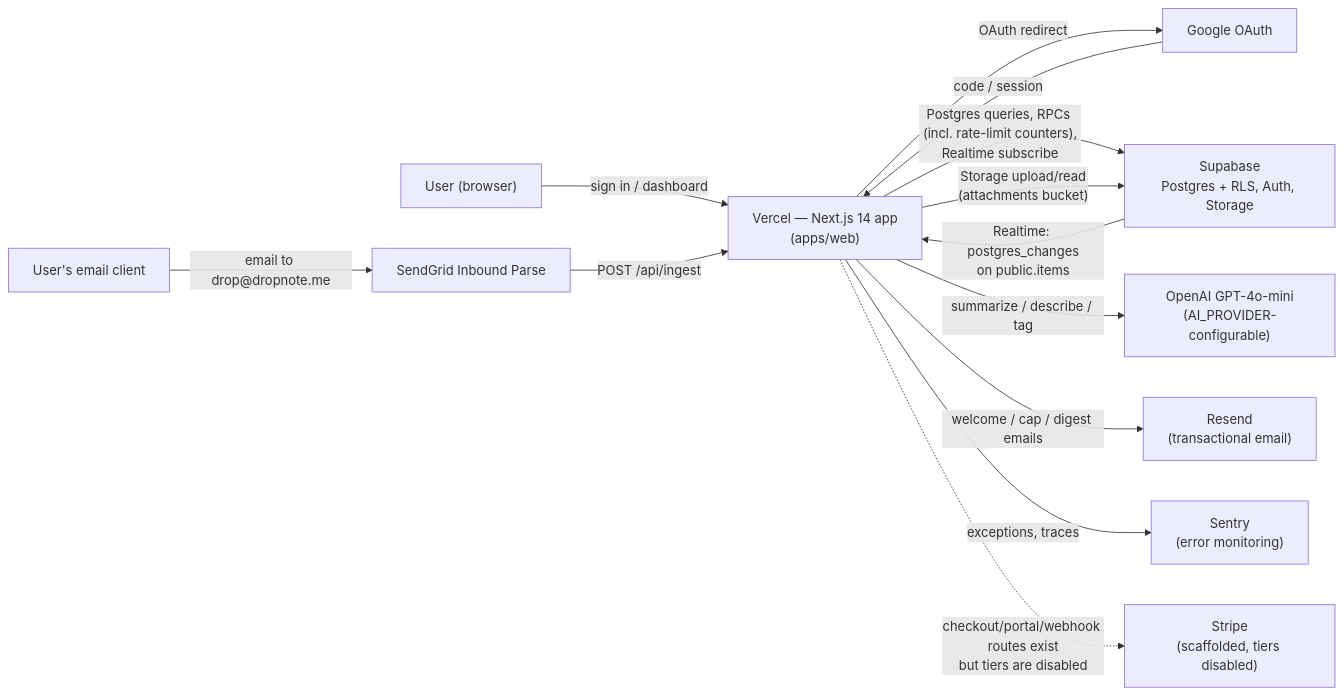
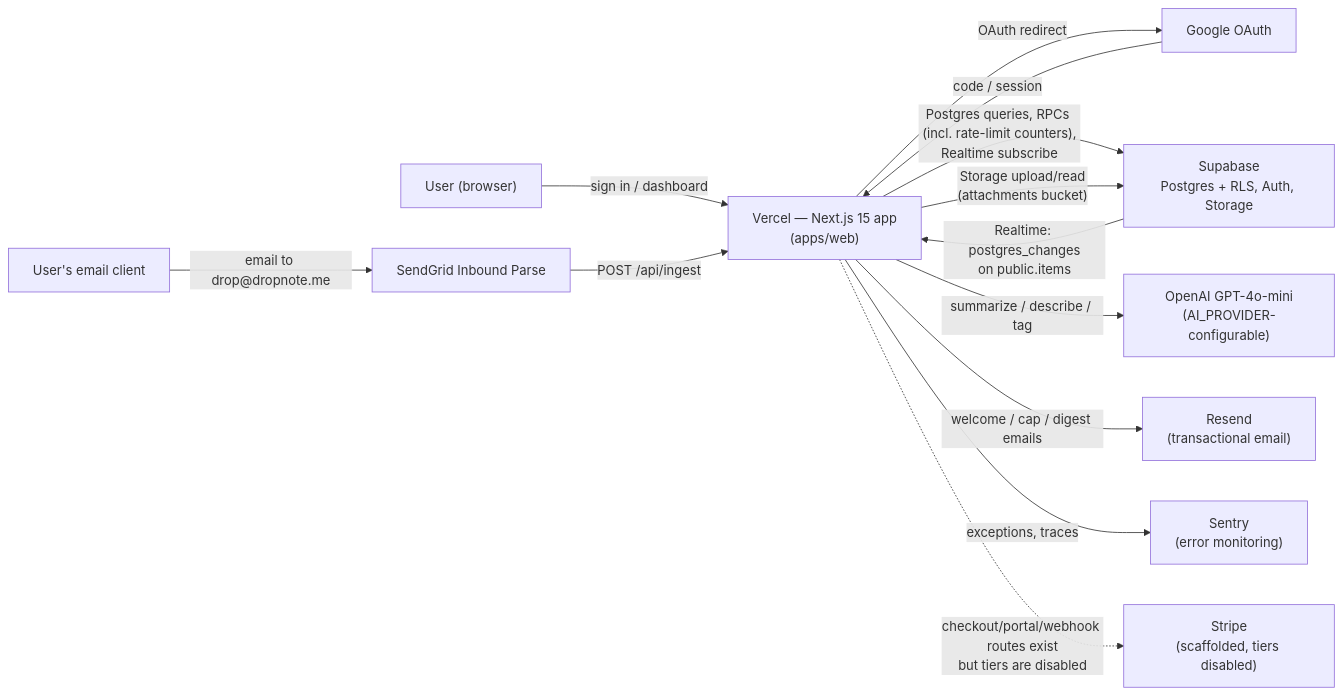
Before and after one commit to lego651/drop-note: the first of 5 diagrams in docs/architecture/overview.md, drawn with Mermaid. The commit also changed 5 other files, not shown here.

````diff
--- a/docs/architecture/overview.md
+++ b/docs/architecture/overview.md
@@ -13,29 +13,29 @@
 ```mermaid
 flowchart LR
     User["User (browser)"]
     GmailUser["User's email client"]
     Google["Google OAuth"]
     SendGrid["SendGrid Inbound Parse"]
-    Vercel["Vercel — Next.js 14 app<br/>(apps/web)"]
+    Vercel["Vercel — Next.js 15 app<br/>(apps/web)"]
     Supabase["Supabase<br/>Postgres + RLS, Auth, Storage"]
     OpenAI["OpenAI GPT-4o-mini<br/>(AI_PROVIDER-configurable)"]
     Resend["Resend<br/>(transactional email)"]
     Sentry["Sentry<br/>(error monitoring)"]
     Stripe["Stripe<br/>(scaffolded, tiers disabled)"]
 
     User -- "sign in / dashboard" --> Vercel
     Vercel -- "OAuth redirect" --> Google
     Google -- "code / session" --> Vercel
 
     GmailUser -- "email to drop@dropnote.me" --> SendGrid
     SendGrid -- "POST /api/ingest" --> Vercel
 
     Vercel -- "Postgres queries, RPCs (incl. rate-limit counters),<br/>Realtime subscribe" --> Supabase
     Vercel -- "Storage upload/read<br/>(attachments bucket)" --> Supabase
     Vercel -- "summarize / describe / tag" --> OpenAI
     Vercel -- "welcome / cap / digest emails" --> Resend
     Vercel -- "exceptions, traces" --> Sentry
     Vercel -. "checkout/portal/webhook routes exist<br/>but tiers are disabled" .-> Stripe
 
     Supabase -- "Realtime: postgres_changes<br/>on public.items" --> Vercel
 ```
````
